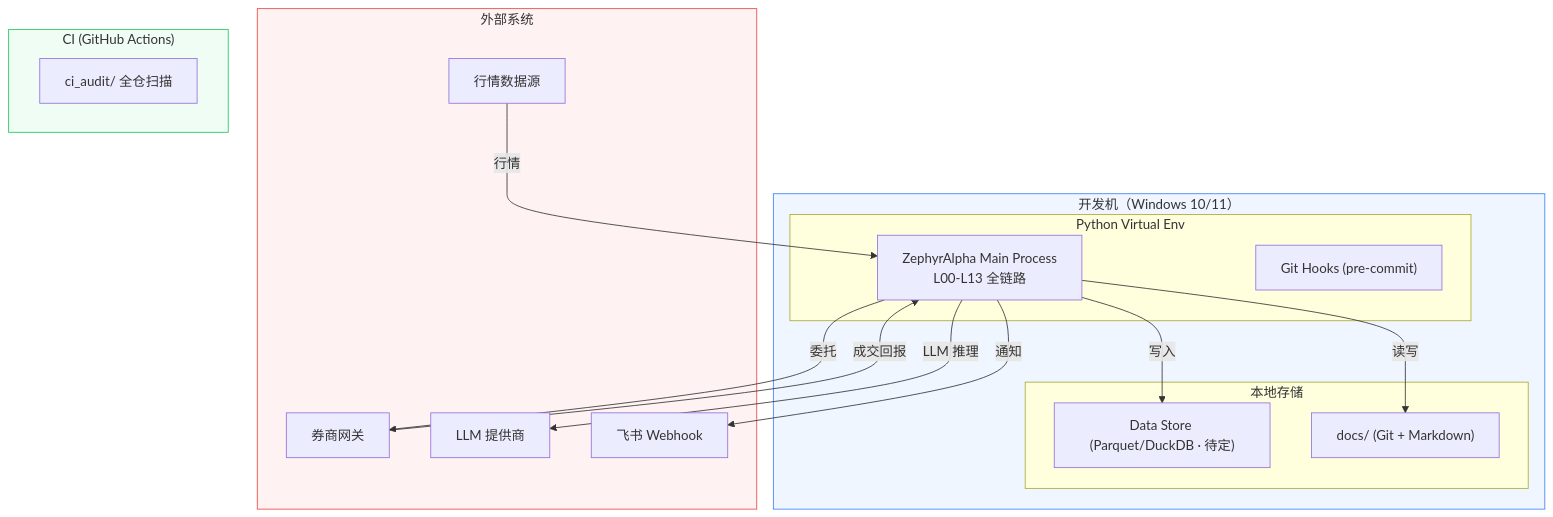
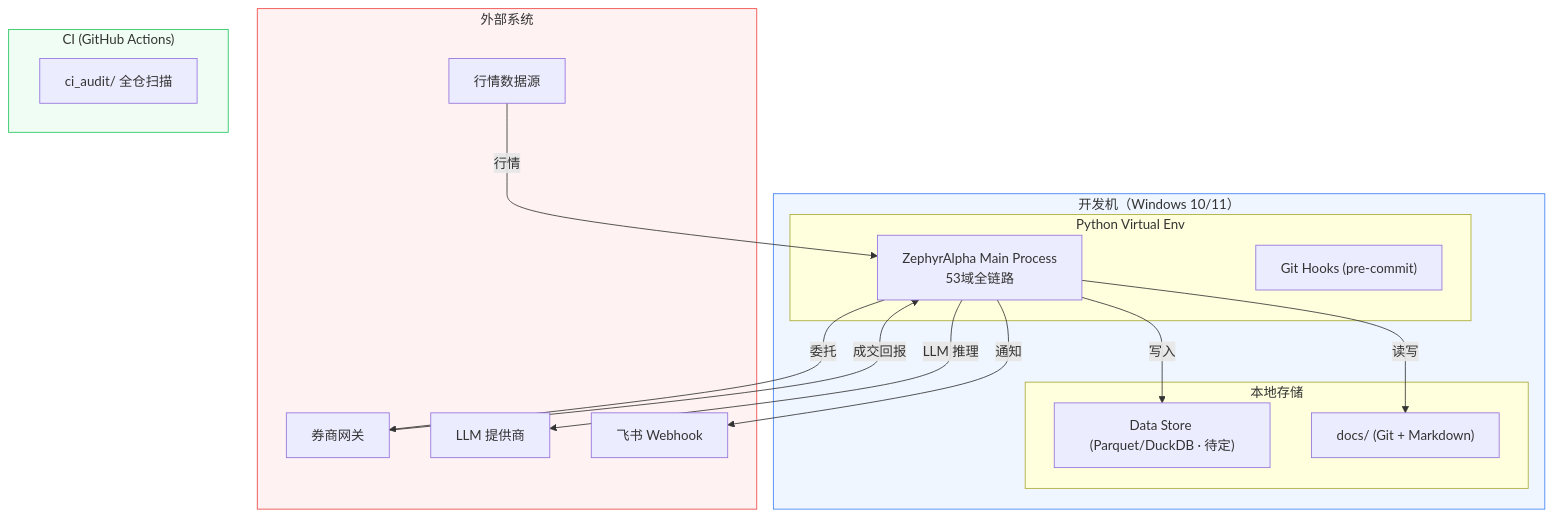
The diagram in docs/02_enterprise_architecture/target_architecture/diagrams/deployment_experimental.mmd (xuanFelixVan/ZephyrAlpha), drawn with Mermaid before and after one commit. The commit also changed 7 other files, not shown here.

First line of the commit message:
diagrams .mmd: 8个文件72处14层引用清理为53域引用（5序列图67处 + 3拓扑图5处）

```diff
--- a/docs/02_enterprise_architecture/target_architecture/diagrams/deployment_experimental.mmd
+++ b/docs/02_enterprise_architecture/target_architecture/diagrams/deployment_experimental.mmd
@@ -1,33 +1,33 @@
 %% Source: technology_architecture.md §6.1
 %%{init: {'theme': 'default'}}%%
 graph TD
     subgraph DEV["开发机（Windows 10/11）"]
         subgraph VENV["Python Virtual Env"]
-            APP["ZephyrAlpha Main Process\nL00-L13 全链路"]
+            APP["ZephyrAlpha Main Process\n53域全链路"]
             HOOKS["Git Hooks (pre-commit)"]
         end
         subgraph STORAGE["本地存储"]
             PARQUET["Data Store (Parquet/DuckDB · 待定)"]
             DOCS["docs/ (Git + Markdown)"]
         end
     end
     subgraph EXT["外部系统"]
         MKT_DATA["行情数据源"]
         BROKER["券商网关"]
         LLM_API["LLM 提供商"]
         FEISHU["飞书 Webhook"]
     end
     subgraph CI["CI (GitHub Actions)"]
         CI_SCAN["ci_audit/ 全仓扫描"]
     end
     MKT_DATA -->|行情| APP
     APP -->|委托| BROKER
     BROKER -->|成交回报| APP
     APP -->|LLM 推理| LLM_API
     APP -->|通知| FEISHU
     APP -->|写入| PARQUET
     APP -->|读写| DOCS
 
     style DEV fill:#eff6ff,stroke:#3b82f6
     style EXT fill:#fef2f2,stroke:#ef4444
     style CI fill:#f0fdf4,stroke:#22c55e
```
